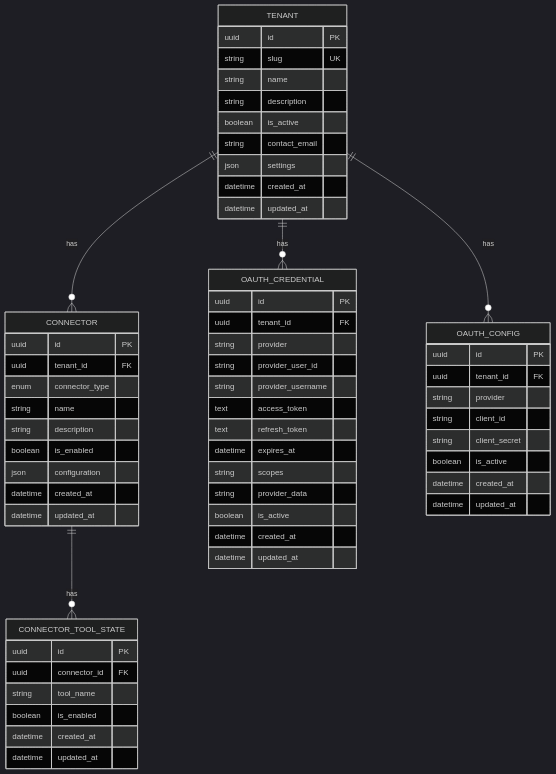
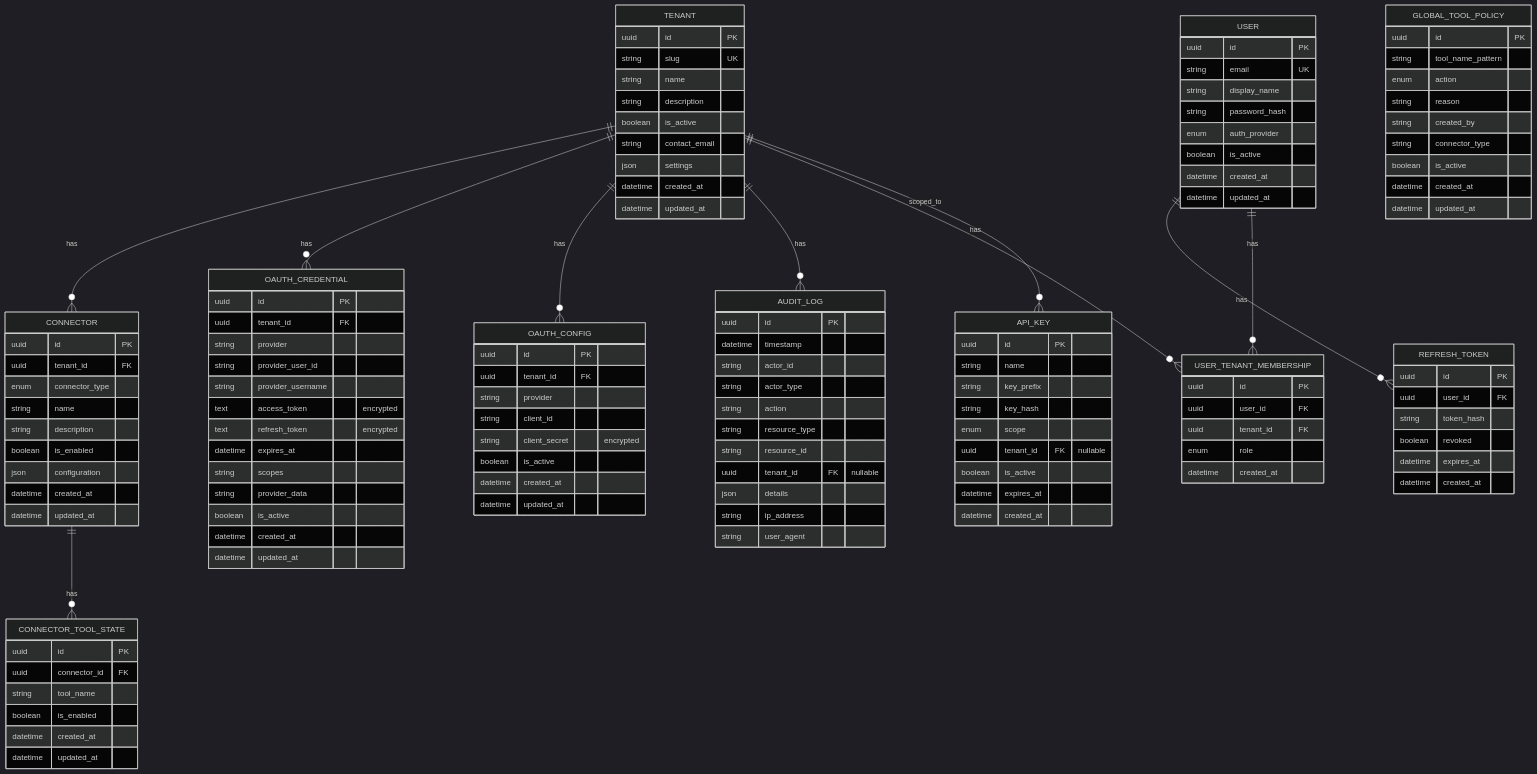
The fifth of 12 diagrams in docs/architecture.md (sagemcp/sagemcp), drawn with Mermaid (dark theme) before and after one commit. The commit also changed other lines of this file and 37 other files, not shown here.

First line of the commit message:
feat: RBAC, JWT auth, audit logging, and global tool policies (Phases 3-6)

````diff
--- a/docs/architecture.md
+++ b/docs/architecture.md
@@ -411,7 +411,12 @@
     TENANT ||--o{ CONNECTOR : has
     TENANT ||--o{ OAUTH_CREDENTIAL : has
     TENANT ||--o{ OAUTH_CONFIG : has
+    TENANT ||--o{ AUDIT_LOG : has
     CONNECTOR ||--o{ CONNECTOR_TOOL_STATE : has
+    USER ||--o{ REFRESH_TOKEN : has
+    USER ||--o{ USER_TENANT_MEMBERSHIP : has
+    TENANT ||--o{ USER_TENANT_MEMBERSHIP : has
+    TENANT ||--o{ API_KEY : scoped_to
 
     TENANT {
         uuid id PK
@@ -443,8 +448,8 @@
         string provider
         string provider_user_id
         string provider_username
-        text access_token
-        text refresh_token
+        text access_token "encrypted"
+        text refresh_token "encrypted"
         datetime expires_at
         string scopes
         string provider_data
@@ -458,7 +463,7 @@
         uuid tenant_id FK
         string provider
         string client_id
-        string client_secret
+        string client_secret "encrypted"
         boolean is_active
         datetime created_at
         datetime updated_at
@@ -472,4 +477,70 @@
         datetime created_at
         datetime updated_at
     }
+
+    USER {
+        uuid id PK
+        string email UK
+        string display_name
+        string password_hash
+        enum auth_provider
+        boolean is_active
+        datetime created_at
+        datetime updated_at
+    }
+
+    REFRESH_TOKEN {
+        uuid id PK
+        uuid user_id FK
+        string token_hash
+        boolean revoked
+        datetime expires_at
+        datetime created_at
+    }
+
+    USER_TENANT_MEMBERSHIP {
+        uuid id PK
+        uuid user_id FK
+        uuid tenant_id FK
+        enum role
+        datetime created_at
+    }
+
+    API_KEY {
+        uuid id PK
+        string name
+        string key_prefix
+        string key_hash
+        enum scope
+        uuid tenant_id FK "nullable"
+        boolean is_active
+        datetime expires_at
+        datetime created_at
+    }
+
+    AUDIT_LOG {
+        uuid id PK
+        datetime timestamp
+        string actor_id
+        string actor_type
+        string action
+        string resource_type
+        string resource_id
+        uuid tenant_id FK "nullable"
+        json details
+        string ip_address
+        string user_agent
+    }
+
+    GLOBAL_TOOL_POLICY {
+        uuid id PK
+        string tool_name_pattern
+        enum action
+        string reason
+        string created_by
+        string connector_type
+        boolean is_active
+        datetime created_at
+        datetime updated_at
+    }
 ```
````
